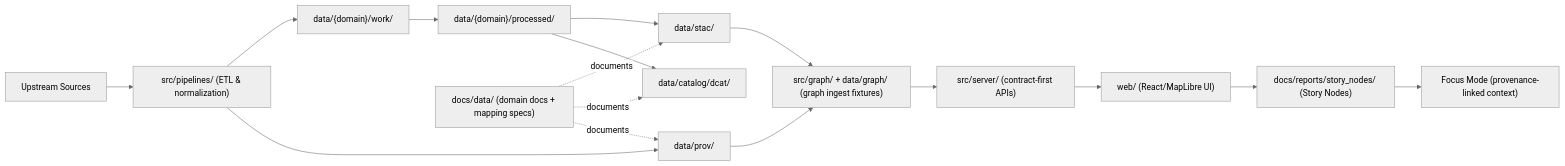
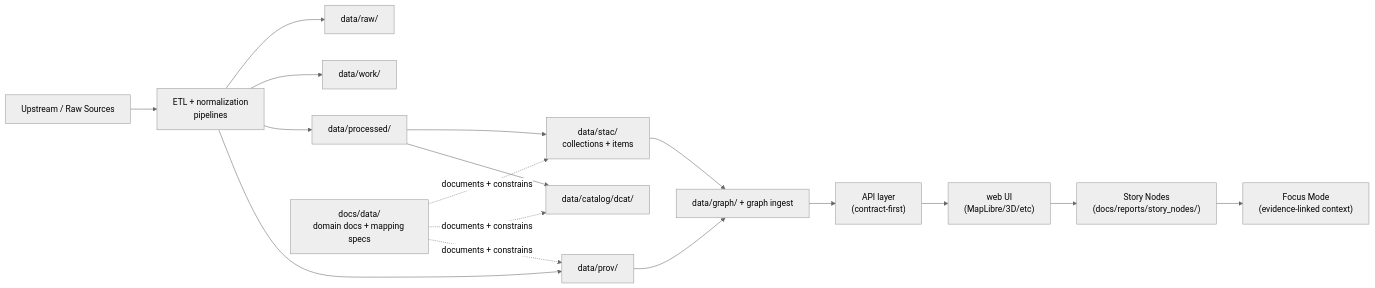
One commit to bartytime4life/Kansas-Frontier-Matrix changed the diagram in docs/data/README.md. Above: the diagram before and after it, drawn with Mermaid (neutral theme). The commit also changed other lines of this file, not shown here.

```diff
--- a/docs/data/README.md
+++ b/docs/data/README.md
@@ -202,21 +205,22 @@
 ~~~mermaid
 flowchart LR
-  S["Upstream Sources"] --> E["src/pipelines/ (ETL & normalization)"]
-  E --> W["data/{domain}/work/"]
-  W --> P["data/{domain}/processed/"]
+  RS["Upstream / Raw Sources"] --> ETL["ETL + normalization<br/>pipelines"]
+  ETL --> RAW["data/raw/"]
+  ETL --> WORK["data/work/"]
+  ETL --> PROC["data/processed/"]
 
-  P --> STAC["data/stac/"]
-  P --> DCAT["data/catalog/dcat/"]
-  E --> PROV["data/prov/"]
+  PROC --> STAC["data/stac/<br/>collections + items"]
+  PROC --> DCAT["data/catalog/dcat/"]
+  ETL --> PROV["data/prov/"]
 
-  DOCS["docs/data/ (domain docs + mapping specs)"] -. "documents" .-> STAC
-  DOCS -. "documents" .-> DCAT
-  DOCS -. "documents" .-> PROV
+  DOCS["docs/data/<br/>domain docs + mapping specs"] -. "documents + constrains" .-> STAC
+  DOCS -. "documents + constrains" .-> DCAT
+  DOCS -. "documents + constrains" .-> PROV
 
-  STAC --> G["src/graph/ + data/graph/ (graph ingest fixtures)"]
-  PROV --> G
-  G --> API["src/server/ (contract-first APIs)"]
-  API --> UI["web/ (React/MapLibre UI)"]
-  UI --> SN["docs/reports/story_nodes/ (Story Nodes)"]
-  SN --> FM["Focus Mode (provenance-linked context)"]
+  STAC --> GRAPH["data/graph/ + graph ingest"]
+  PROV --> GRAPH
+  GRAPH --> API["API layer<br/>(contract-first)"]
+  API --> UI["web UI<br/>(MapLibre/3D/etc)"]
+  UI --> SN["Story Nodes<br/>(docs/reports/story_nodes/)"]
+  SN --> FM["Focus Mode<br/>(evidence-linked context)"]
 ~~~
```
